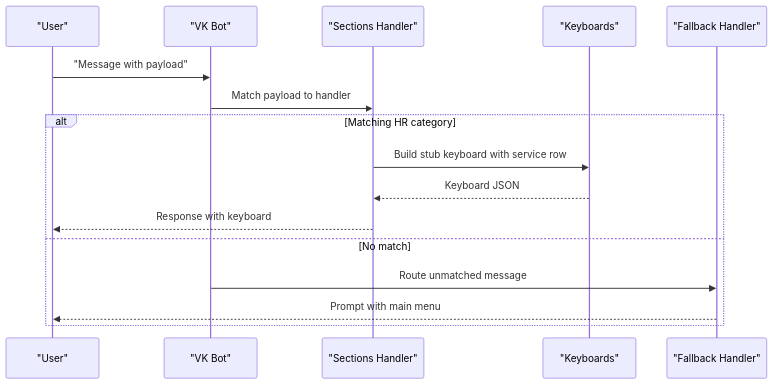
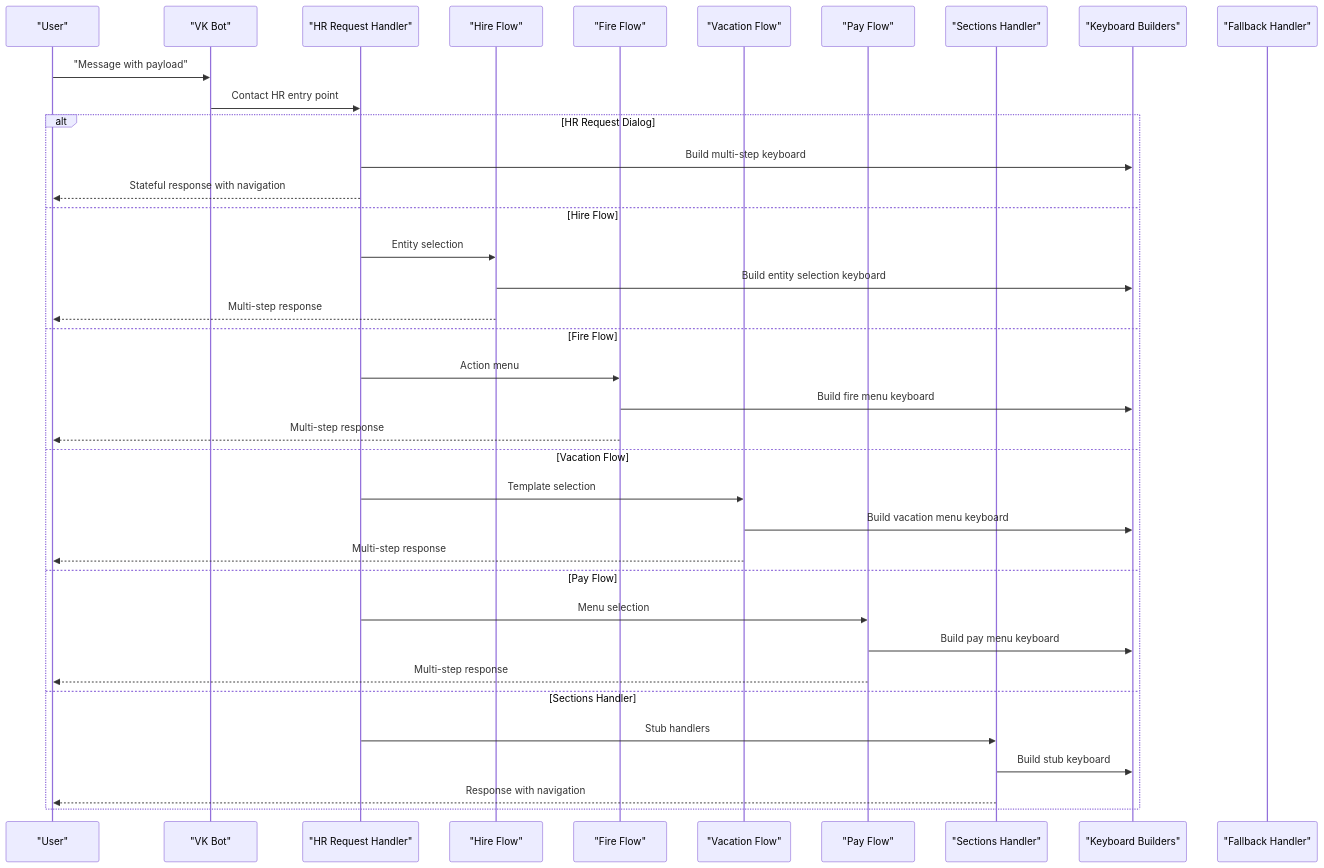
Before and after one commit to ognelis/cafetera_hr_bot: the second of 7 diagrams in .qoder/repowiki/en/content/Handler System/Sections Handler.md, drawn with Mermaid. The commit also changed other lines of this file and 15 other files, not shown here.

````diff
--- a/.qoder/repowiki/en/content/Handler System/Sections Handler.md
+++ b/.qoder/repowiki/en/content/Handler System/Sections Handler.md
@@ -82,18 +124,39 @@
 ```mermaid
 sequenceDiagram
 participant User as "User"
 participant Bot as "VK Bot"
+participant HRRequest as "HR Request Handler"
+participant Hire as "Hire Flow"
+participant Fire as "Fire Flow"
+participant Vacation as "Vacation Flow"
+participant Pay as "Pay Flow"
 participant Sections as "Sections Handler"
-participant Keyboards as "Keyboards"
+participant Keyboards as "Keyboard Builders"
 participant Fallback as "Fallback Handler"
 User->>Bot : "Message with payload"
-Bot->>Sections : Match payload to handler
-alt Matching HR category
-Sections->>Keyboards : Build stub keyboard with service row
-Keyboards-->>Sections : Keyboard JSON
-Sections-->>User : Response with keyboard
-else No match
-Bot->>Fallback : Route unmatched message
-Fallback-->>User : Prompt with main menu
+Bot->>HRRequest : Contact HR entry point
+alt HR Request Dialog
+HRRequest->>Keyboards : Build multi-step keyboard
+HRRequest-->>User : Stateful response with navigation
+else Hire Flow
+HRRequest->>Hire : Entity selection
+Hire->>Keyboards : Build entity selection keyboard
+Hire-->>User : Multi-step response
+else Fire Flow
+HRRequest->>Fire : Action menu
+Fire->>Keyboards : Build fire menu keyboard
+Fire-->>User : Multi-step response
+else Vacation Flow
+HRRequest->>Vacation : Template selection
+Vacation->>Keyboards : Build vacation menu keyboard
+Vacation-->>User : Multi-step response
+else Pay Flow
+HRRequest->>Pay : Menu selection
+Pay->>Keyboards : Build pay menu keyboard
+Pay-->>User : Multi-step response
+else Sections Handler
+HRRequest->>Sections : Stub handlers
+Sections->>Keyboards : Build stub keyboard
+Sections-->>User : Response with navigation
 end
 ```
````
